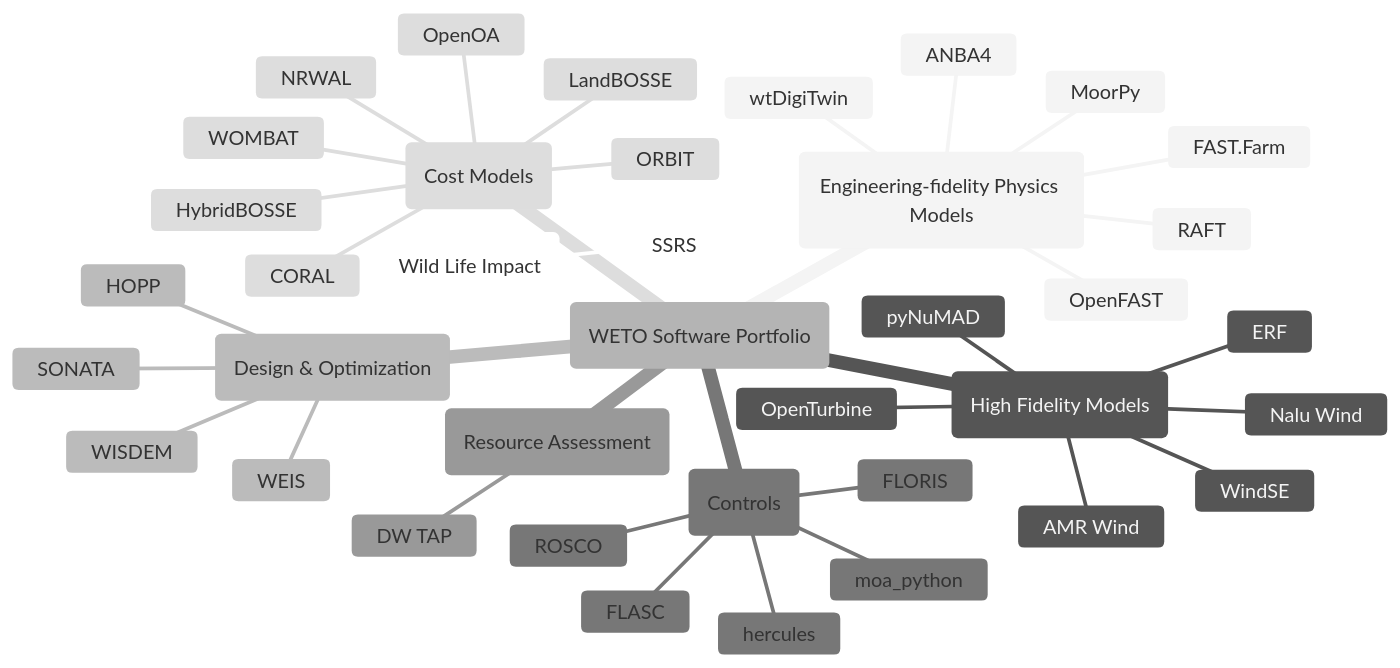
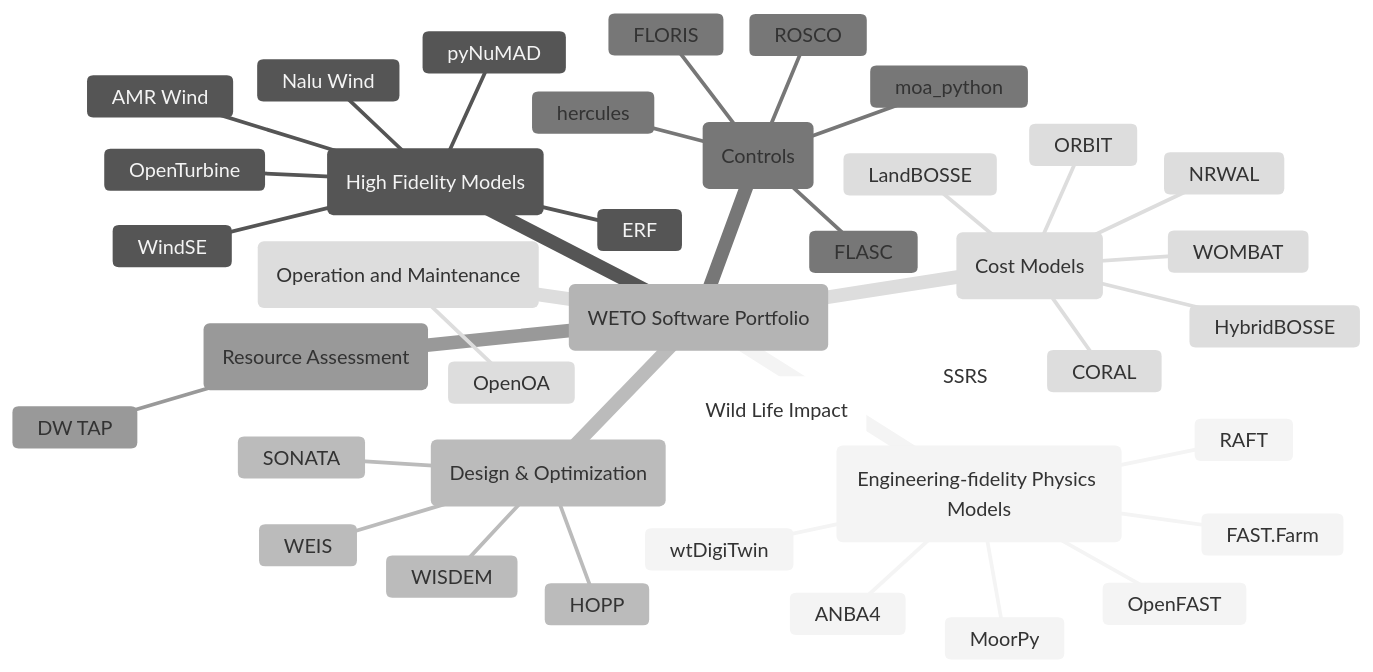
Before and after one commit to NREL/WETOStack: the diagram in docs/capabilities/overview.md, drawn with Mermaid (neutral theme). The commit also changed 1 other file, not shown here.

Commit message:
Add O&M section to mindmap

````diff
--- a/docs/capabilities/overview.md
+++ b/docs/capabilities/overview.md
@@ -7,47 +7,49 @@
 ```{mermaid}
 mindmap
     root("WETO Software Portfolio")
         ps(Engineering-fidelity Physics Models)
             OpenFAST
             FAST.Farm
             MoorPy
             wtDigiTwin
             ANBA4
             RAFT
 
         hfm(High Fidelity Models)
             AMR Wind
             Nalu Wind
             OpenTurbine
             ERF
             WindSE
             pyNuMAD
 
         do(Design & Optimization)
             WEIS
             WISDEM
             HOPP
             SONATA
 
         ctrl(Controls)
             ROSCO
             FLORIS
             FLASC
             hercules
             moa_python
 
         ra(Resource Assessment)
             DW TAP
 
         cost(Cost Models)
             LandBOSSE
             HybridBOSSE
             ORBIT
             CORAL
             NRWAL
             WOMBAT
-            OpenOA
 
         wild(Wild Life Impact)
             SSRS
+
+        om(Operation and Maintenance)
+            OpenOA
 ```
````
